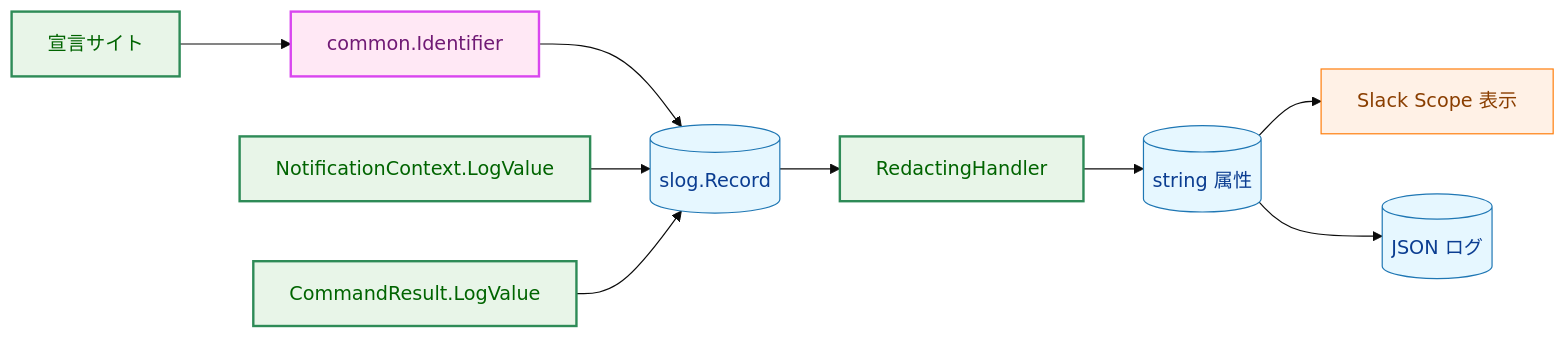
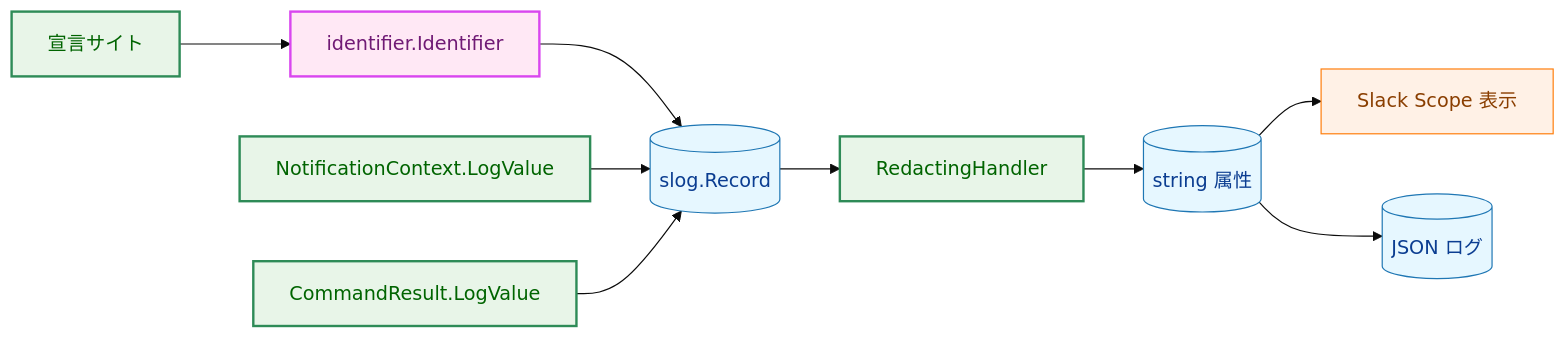
Before and after one commit to isseis/go-safe-cmd-runner: diagram 11 of 12 in docs/tasks/0173_identifier_redaction_exemption/02_architecture.md, drawn with Mermaid (base theme). The commit also changed other lines of this file and 2 other files, not shown here.

Commit message:
docs(0173): move Identifier to a leaf package and re-draft documents

````diff
--- a/docs/tasks/0173_identifier_redaction_exemption/02_architecture.md
+++ b/docs/tasks/0173_identifier_redaction_exemption/02_architecture.md
@@ -610,31 +614,31 @@
 ```mermaid
 flowchart LR
     classDef data fill:#e6f7ff,stroke:#1f77b4,stroke-width:1px,color:#0b3d91;
     classDef process fill:#fff1e6,stroke:#ff7f0e,stroke-width:1px,color:#8a3e00;
     classDef enhanced fill:#e8f5e8,stroke:#2e8b57,stroke-width:2px,color:#006400;
     classDef newpkg fill:#ffe8f5,stroke:#d946ef,stroke-width:2px,color:#701a75;
 
     SRC["宣言サイト"]
-    ID["common.Identifier"]
+    ID["identifier.Identifier"]
     REC[("slog.Record")]
     RH["RedactingHandler"]
     STR[("string 属性")]
     NCTX["NotificationContext.LogValue"]
     CR["CommandResult.LogValue"]
     SCOPE["Slack Scope 表示"]
     JSON[("JSON ログ")]
 
     SRC --> ID
     ID --> REC
     NCTX --> REC
     CR --> REC
     REC --> RH
     RH --> STR
     STR --> SCOPE
     STR --> JSON
 
     class REC,STR,JSON data
     class SCOPE process
     class SRC,RH,NCTX,CR enhanced
     class ID newpkg
 ```
````
